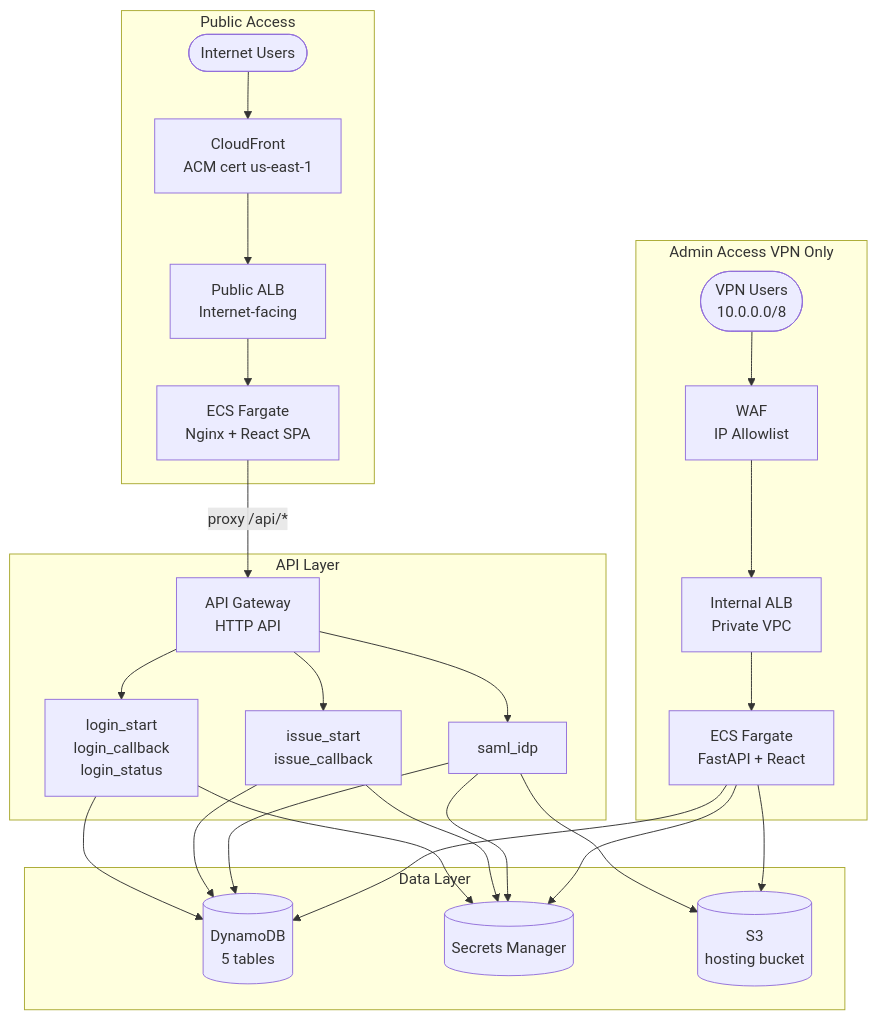
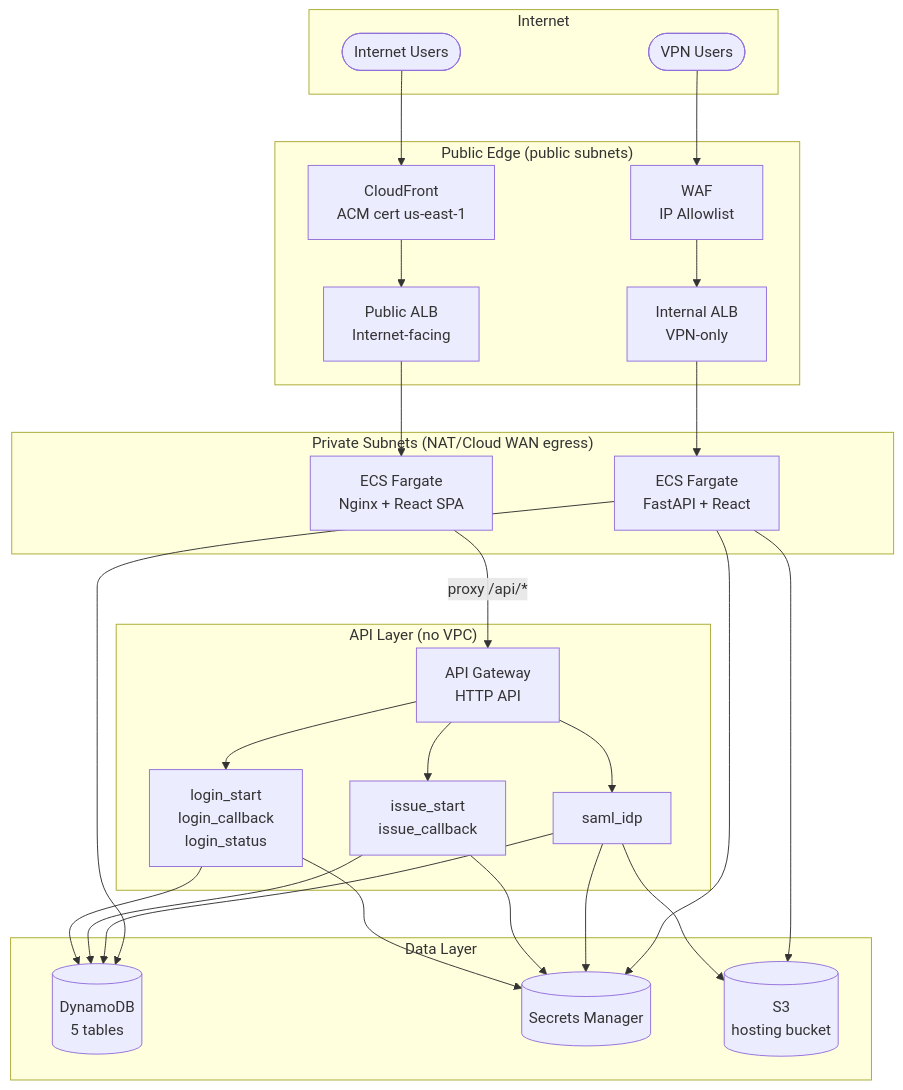
The first of 5 diagrams in README.md (bengroeneveldsg/entra-verified-id), drawn with Mermaid before and after one commit. The commit also changed other lines of this file, not shown here.

Commit message:
docs: update architecture diagram and prerequisites to reflect private subnet Fargate
- Diagram now separates public edge (ALBs, CloudFront) from private subnets
  (Fargate tasks) — reflects that tasks no longer need public IPs when
  private subnets with NAT/Cloud WAN are configured
- Prerequisites table updated: private subnets marked as recommended for
  both admin and frontend Fargate, with explanation of the CloudFront pattern
- CDK stacks table notes the conditional private/public subnet behaviour

````diff
--- a/README.md
+++ b/README.md
@@ -78,38 +78,41 @@
 ```mermaid
 flowchart TD
-    subgraph Public["Public Access"]
+    subgraph Internet["Internet"]
         U([Internet Users])
+        VPN([VPN Users])
+    end
+
+    subgraph PublicEdge["Public Edge (public subnets)"]
         CF[CloudFront\nACM cert us-east-1]
         PALB[Public ALB\nInternet-facing]
-        FG[ECS Fargate\nNginx + React SPA]
+        WAF[WAF\nIP Allowlist]
+        AALB[Internal ALB\nVPN-only]
     end
 
-    subgraph API["API Layer"]
+    subgraph Private["Private Subnets (NAT/Cloud WAN egress)"]
+        FG[ECS Fargate\nNginx + React SPA]
+        ADM[ECS Fargate\nFastAPI + React]
+    end
+
+    subgraph API["API Layer (no VPC)"]
         APIGW[API Gateway\nHTTP API]
         L1[login_start\nlogin_callback\nlogin_status]
         L2[issue_start\nissue_callback]
         L3[saml_idp]
     end
 
     subgraph Data["Data Layer"]
         DDB[(DynamoDB\n5 tables)]
         SM[(Secrets Manager)]
         S3[(S3\nhosting bucket)]
     end
 
-    subgraph Admin["Admin Access VPN Only"]
-        VPN([VPN Users\n10.0.0.0/8])
-        WAF[WAF\nIP Allowlist]
-        AALB[Internal ALB\nPrivate VPC]
-        ADM[ECS Fargate\nFastAPI + React]
-    end
-
     U --> CF --> PALB --> FG
     FG -- "proxy /api/*" --> APIGW
     APIGW --> L1 & L2 & L3
     L1 & L2 & L3 --> DDB & SM
     L3 --> S3
 
     VPN --> WAF --> AALB --> ADM
     ADM --> DDB & SM & S3
 ```
````
